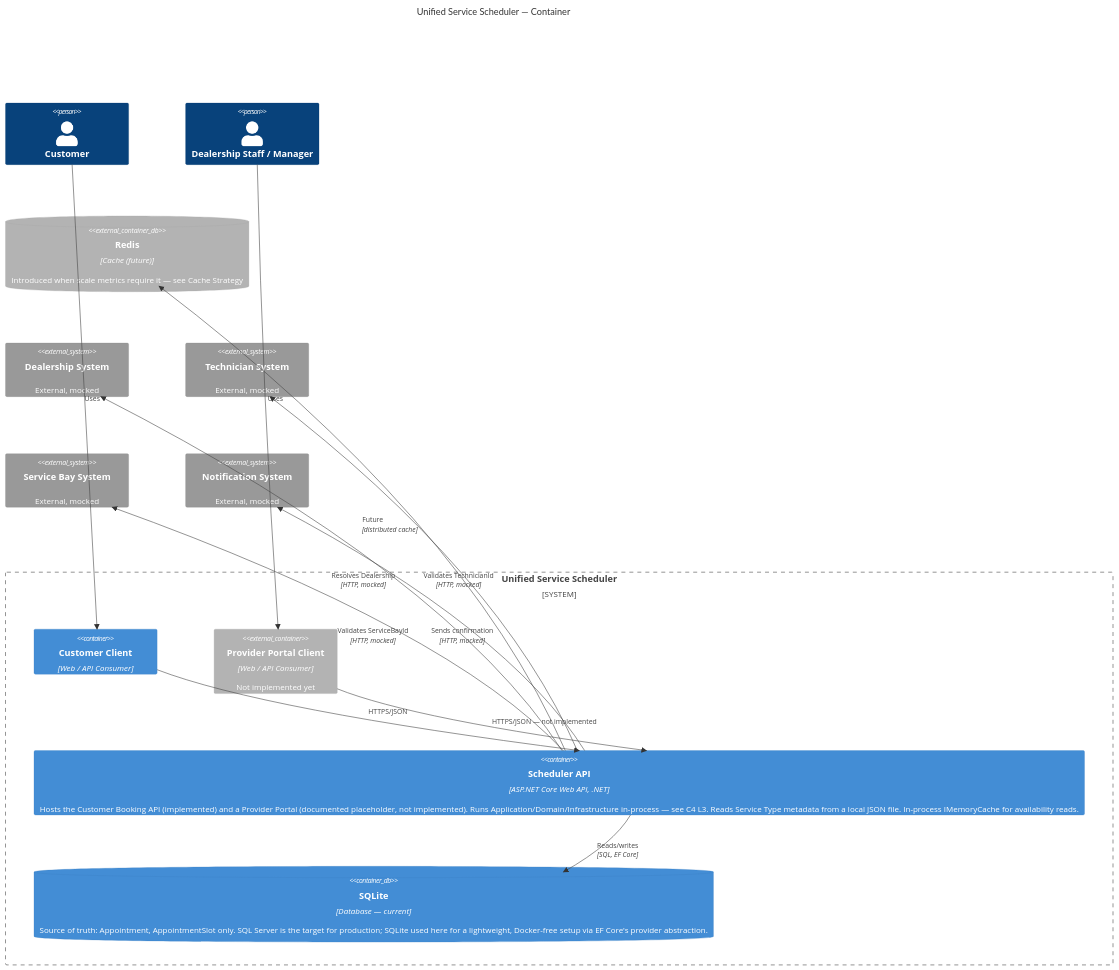
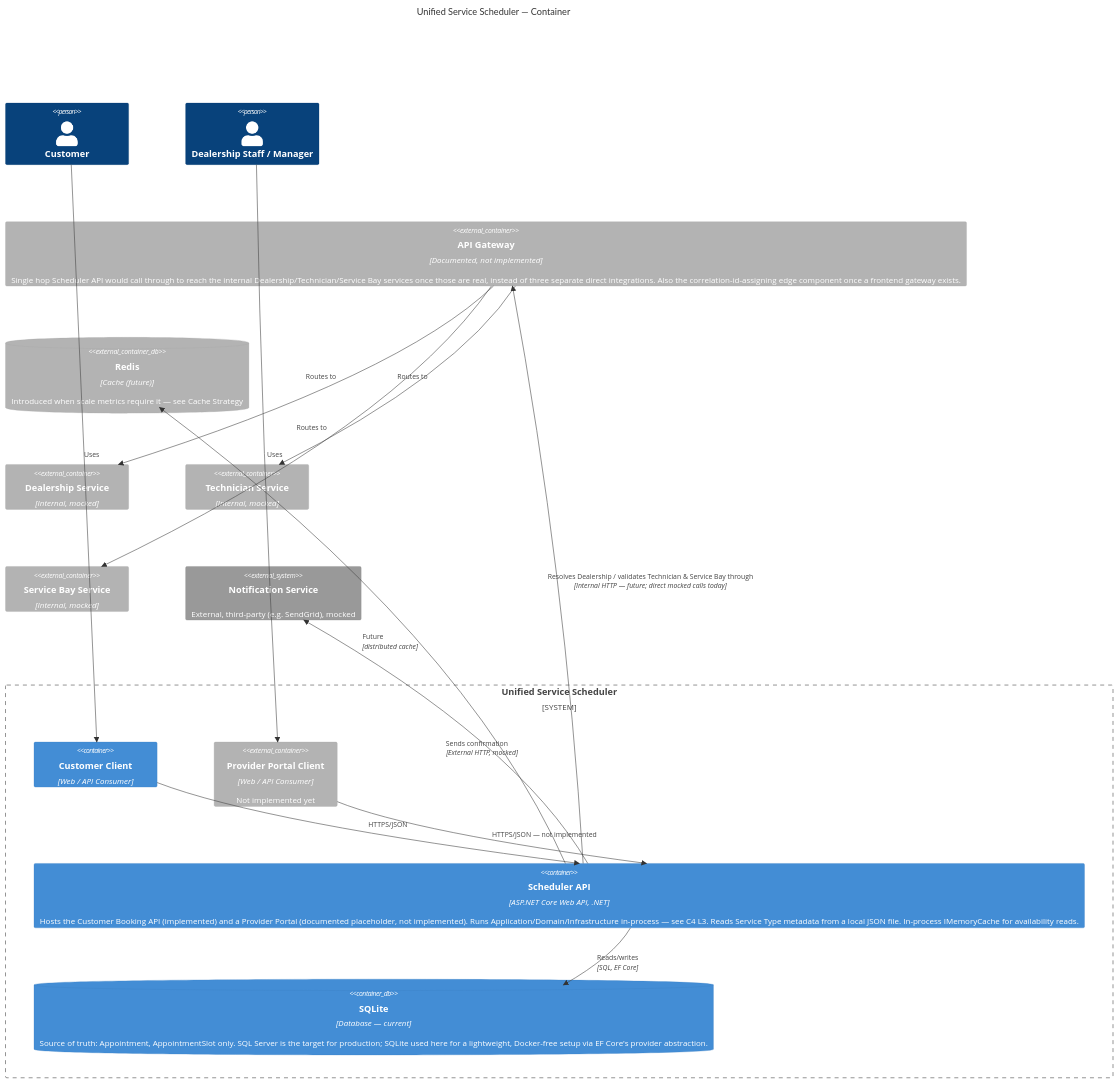
The second of 9 diagrams in architecture.md (wesilios/unified-service-scheduler), drawn with Mermaid before and after one commit. The commit also changed other lines of this file and 1 other file, not shown here.

````diff
--- a/architecture.md
+++ b/architecture.md
@@ -422,31 +448,34 @@
 ```mermaid
 C4Container
     title Unified Service Scheduler — Container
 
     Person(customer, "Customer")
     Person(staff, "Dealership Staff / Manager")
 
     System_Boundary(uss, "Unified Service Scheduler") {
         Container(clientCustomer, "Customer Client", "Web / API Consumer")
         Container_Ext(clientStaff, "Provider Portal Client", "Web / API Consumer", "Not implemented yet")
         Container(api, "Scheduler API", "ASP.NET Core Web API, .NET", "Hosts the Customer Booking API (implemented) and a Provider Portal (documented placeholder, not implemented). Runs Application/Domain/Infrastructure in-process — see C4 L3. Reads Service Type metadata from a local JSON file. In-process IMemoryCache for availability reads.")
         ContainerDb(db, "SQLite", "Database — current", "Source of truth: Appointment, AppointmentSlot only. SQL Server is the target for production; SQLite used here for a lightweight, Docker-free setup via EF Core's provider abstraction.")
     }
 
+    Container_Ext(gateway, "API Gateway", "Documented, not implemented", "Single hop Scheduler API would call through to reach the internal Dealership/Technician/Service Bay services once those are real, instead of three separate direct integrations. Also the correlation-id-assigning edge component once a frontend gateway exists.")
+
     ContainerDb_Ext(cache, "Redis", "Cache (future)", "Introduced when scale metrics require it — see Cache Strategy")
-    System_Ext(dealership, "Dealership System", "External, mocked")
-    System_Ext(technician, "Technician System", "External, mocked")
-    System_Ext(servicebay, "Service Bay System", "External, mocked")
-    System_Ext(notification, "Notification System", "External, mocked")
+    Container_Ext(dealershipSvc, "Dealership Service", "Internal, mocked")
+    Container_Ext(technicianSvc, "Technician Service", "Internal, mocked")
+    Container_Ext(servicebaySvc, "Service Bay Service", "Internal, mocked")
+    System_Ext(notification, "Notification Service", "External, third-party (e.g. SendGrid), mocked")
 
     Rel(customer, clientCustomer, "Uses")
     Rel(staff, clientStaff, "Uses")
     Rel(clientCustomer, api, "HTTPS/JSON")
     Rel(clientStaff, api, "HTTPS/JSON — not implemented")
     Rel(api, db, "Reads/writes", "SQL, EF Core")
-    Rel(api, dealership, "Resolves Dealership", "HTTP, mocked")
-    Rel(api, technician, "Validates TechnicianId", "HTTP, mocked")
-    Rel(api, servicebay, "Validates ServiceBayId", "HTTP, mocked")
-    Rel(api, notification, "Sends confirmation", "HTTP, mocked")
+    Rel(api, gateway, "Resolves Dealership / validates Technician & Service Bay through", "Internal HTTP — future; direct mocked calls today")
+    Rel(gateway, dealershipSvc, "Routes to")
+    Rel(gateway, technicianSvc, "Routes to")
+    Rel(gateway, servicebaySvc, "Routes to")
+    Rel(api, notification, "Sends confirmation", "External HTTP, mocked")
     Rel(api, cache, "Future", "distributed cache")
 ```
````
